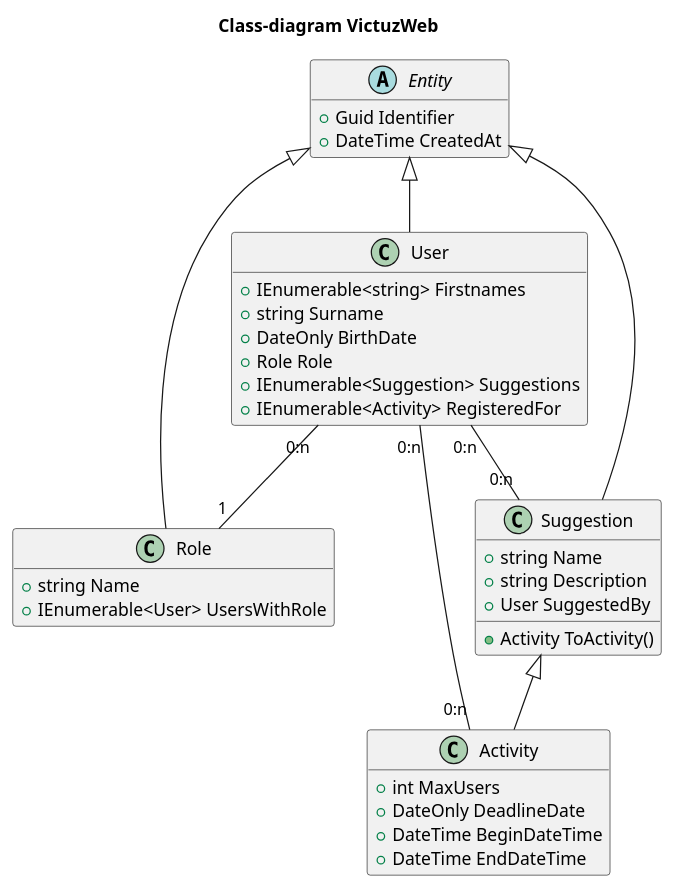
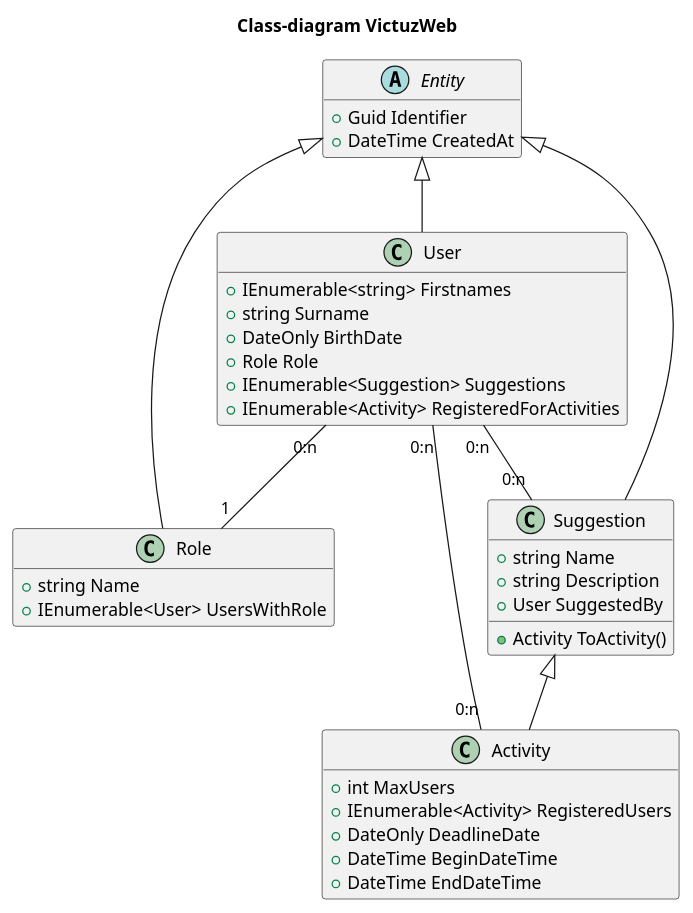
One commit to SlagterJ/VictuzWeb changed the diagram in uml/class.puml. Above: the diagram before and after it, drawn with PlantUML.

Commit message:
update class diagram

```diff
--- a/uml/class.puml
+++ b/uml/class.puml
@@ -1,50 +1,51 @@
 @startuml class
 hide empty members
 title Class-diagram VictuzWeb
 
 
 abstract Entity {
   + Guid Identifier
   + DateTime CreatedAt
 }
 
 class User {
   + IEnumerable<string> Firstnames
   + string Surname
   + DateOnly BirthDate
   + Role Role
   + IEnumerable<Suggestion> Suggestions
-  + IEnumerable<Activity> RegisteredFor
+  + IEnumerable<Activity> RegisteredForActivities
 }
 Entity <|-- User
 
 class Role {
   + string Name
   + IEnumerable<User> UsersWithRole
 }
 Entity <|-- Role
 
 User "0:n" -- "1" Role
 
 class Suggestion {
   + string Name
   + string Description
   + User SuggestedBy
 
   + Activity ToActivity()
 }
 Entity <|-- Suggestion
 
 User "0:n" -- "0:n" Suggestion
 
 class Activity {
   + int MaxUsers
+  + IEnumerable<Activity> RegisteredUsers
   + DateOnly DeadlineDate
   + DateTime BeginDateTime
   + DateTime EndDateTime
 }
 Suggestion <|-- Activity
 
 User "0:n" -- "0:n" Activity
 
 @enduml
```
